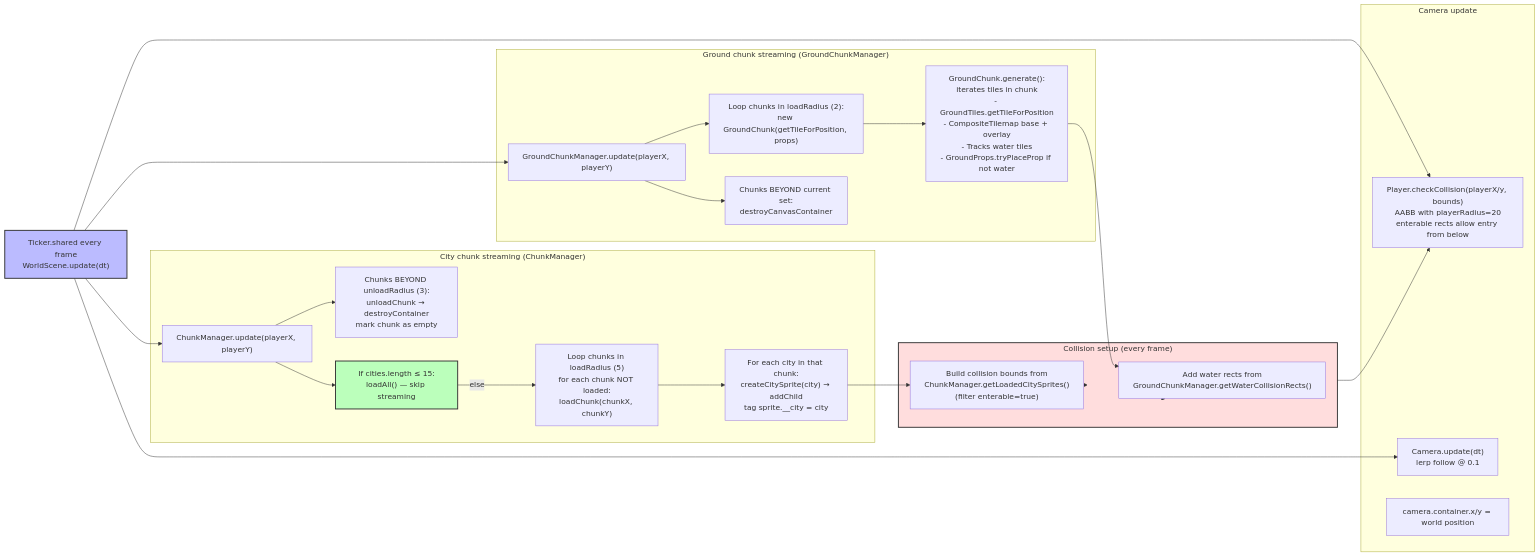
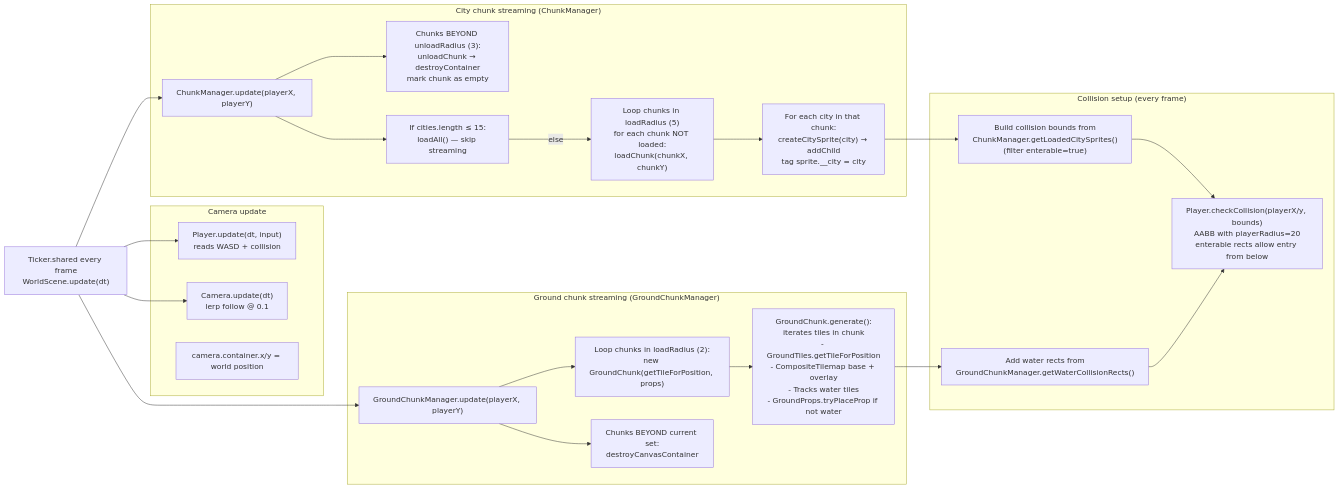
The sixth of 8 diagrams in diagrams/dataflow.md (Not-Buddy/nilsbohr), drawn with Mermaid before and after one commit. The commit also changed other lines of this file and 1 other file, not shown here.

Commit message:
fix to diagrams

````diff
--- a/diagrams/dataflow.md
+++ b/diagrams/dataflow.md
@@ -481,53 +476,49 @@
 ```mermaid
 flowchart LR
     Tick["Ticker.shared every frame<br/>WorldScene.update(dt)"]
 
     subgraph CameraUpdate["Camera update"]
         Player["Player.update(dt, input)<br/>reads WASD + collision"]
         Cam["Camera.update(dt)<br/>lerp follow @ 0.1"]
         CamPos["camera.container.x/y = world position"]
     end
 
     subgraph CityChunks["City chunk streaming (ChunkManager)"]
         CUpd["ChunkManager.update(playerX, playerY)"]
         CLoad["Loop chunks in loadRadius (5)<br/>for each chunk NOT loaded:<br/>loadChunk(chunkX, chunkY)"]
         CLoadFn["For each city in that chunk:<br/>createCitySprite(city) → addChild<br/>tag sprite.__city = city"]
         CUnload["Chunks BEYOND unloadRadius (3):<br/>unloadChunk → destroyContainer<br/>mark chunk as empty"]
         SmallWorld["If cities.length ≤ 15:<br/>loadAll() — skip streaming"]
     end
 
     subgraph GroundChunks["Ground chunk streaming (GroundChunkManager)"]
         GUpd["GroundChunkManager.update(playerX, playerY)"]
         GLoad["Loop chunks in loadRadius (2):<br/>new GroundChunk(getTileForPosition, props)"]
         GGen["GroundChunk.generate():<br/>iterates tiles in chunk<br/>- GroundTiles.getTileForPosition<br/>- CompositeTilemap base + overlay<br/>- Tracks water tiles<br/>- GroundProps.tryPlaceProp if not water"]
         GUnload["Chunks BEYOND current set:<br/>destroyCanvasContainer"]
     end
 
     subgraph Collision["Collision setup (every frame)"]
         Bounds["Build collision bounds from<br/>ChunkManager.getLoadedCitySprites()<br/>(filter enterable=true)"]
         Water["Add water rects from<br/>GroundChunkManager.getWaterCollisionRects()"]
-        Player["Player.checkCollision(playerX/y, bounds)<br/>AABB with playerRadius=20<br/>enterable rects allow entry from below"]
+        PlayerCol["Player.checkCollision(playerX/y, bounds)<br/>AABB with playerRadius=20<br/>enterable rects allow entry from below"]
     end
 
     Tick --> Player
     Tick --> Cam
     Tick --> CUpd
     CUpd --> SmallWorld
     SmallWorld -->|"else"| CLoad
     CLoad --> CLoadFn
     CUpd --> CUnload
     Tick --> GUpd
     GUpd --> GLoad
     GLoad --> GGen
     GUpd --> GUnload
 
     CLoadFn --> Bounds
     GGen --> Water
-    Bounds --> Collision
-    Water --> Collision
-    Collision --> Player
+    Bounds --> PlayerCol
+    Water --> PlayerCol
 
-    style Tick fill:#bbf,stroke:#333,stroke-width:2px
-    style SmallWorld fill:#bfb,stroke:#333,stroke-width:2px
-    style Collision fill:#fdd,stroke:#333,stroke-width:2px
 ```
````
